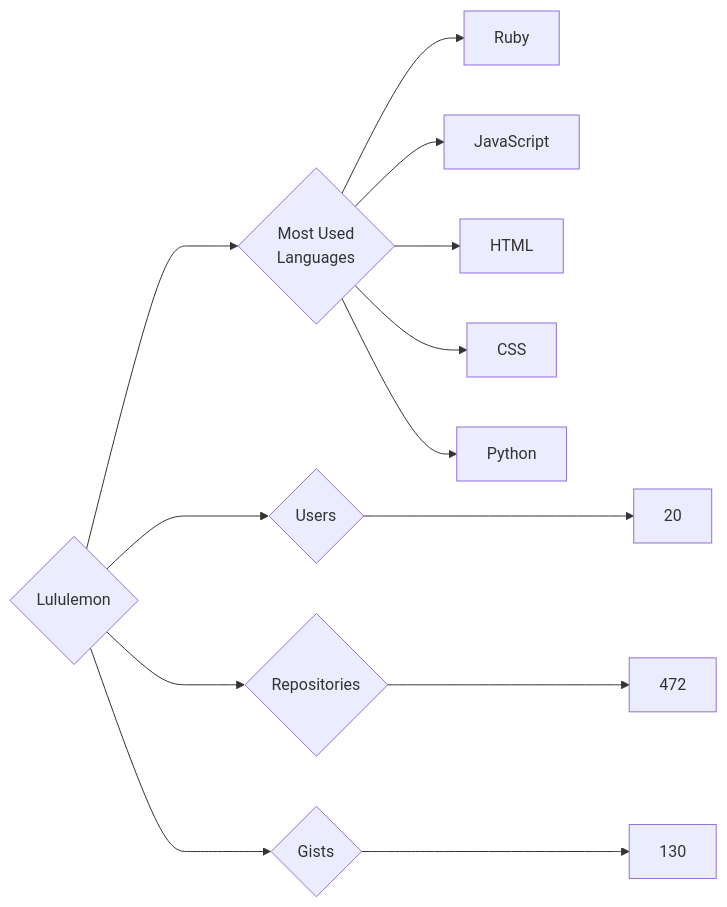
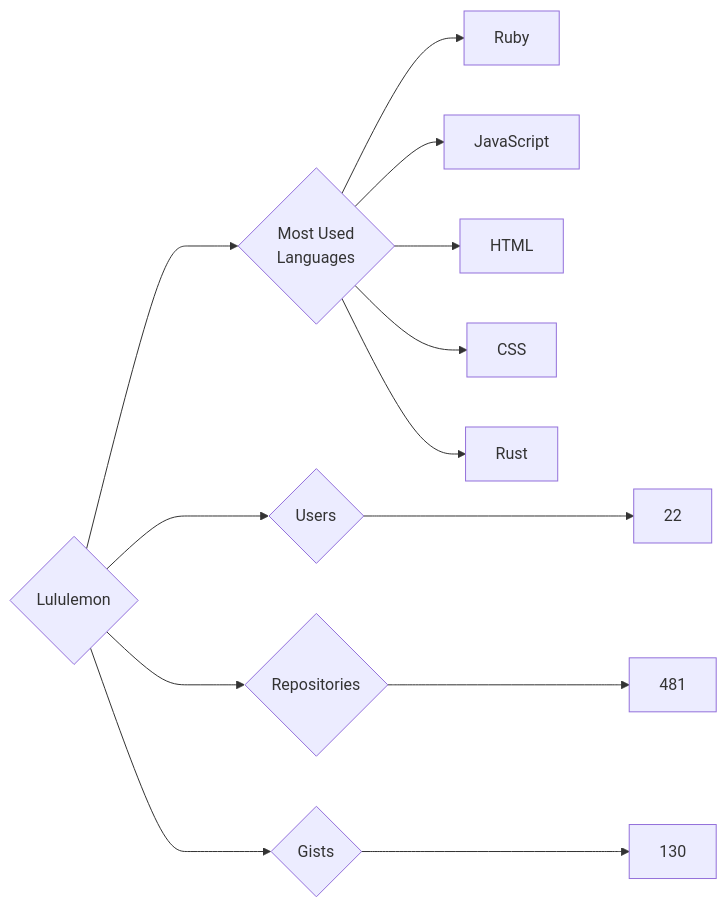
One commit to trickest/insiders changed the diagram in targets/Lululemon/README.md. Above: the diagram before and after it, drawn with Mermaid. The commit also changed 814 other files, not shown here.

````diff
--- a/targets/Lululemon/README.md
+++ b/targets/Lululemon/README.md
@@ -3,13 +3,13 @@
 ```mermaid
 graph LR
 COMPANY_NAME{Lululemon}
-COMPANY_NAME ---> U{Users} ---> UN[20]
-COMPANY_NAME ---> R{Repositories} ---> RN[472]
+COMPANY_NAME ---> U{Users} ---> UN[22]
+COMPANY_NAME ---> R{Repositories} ---> RN[481]
 COMPANY_NAME ---> G{Gists} ---> GN[130]
 COMPANY_NAME ---> ML{Most Used<br>Languages}
 ML --> Ruby[Ruby]
 ML --> JavaScript[JavaScript]
 ML --> HTML[HTML]
 ML --> CSS[CSS]
-ML --> Python[Python]
+ML --> Rust[Rust]
 ```
````
